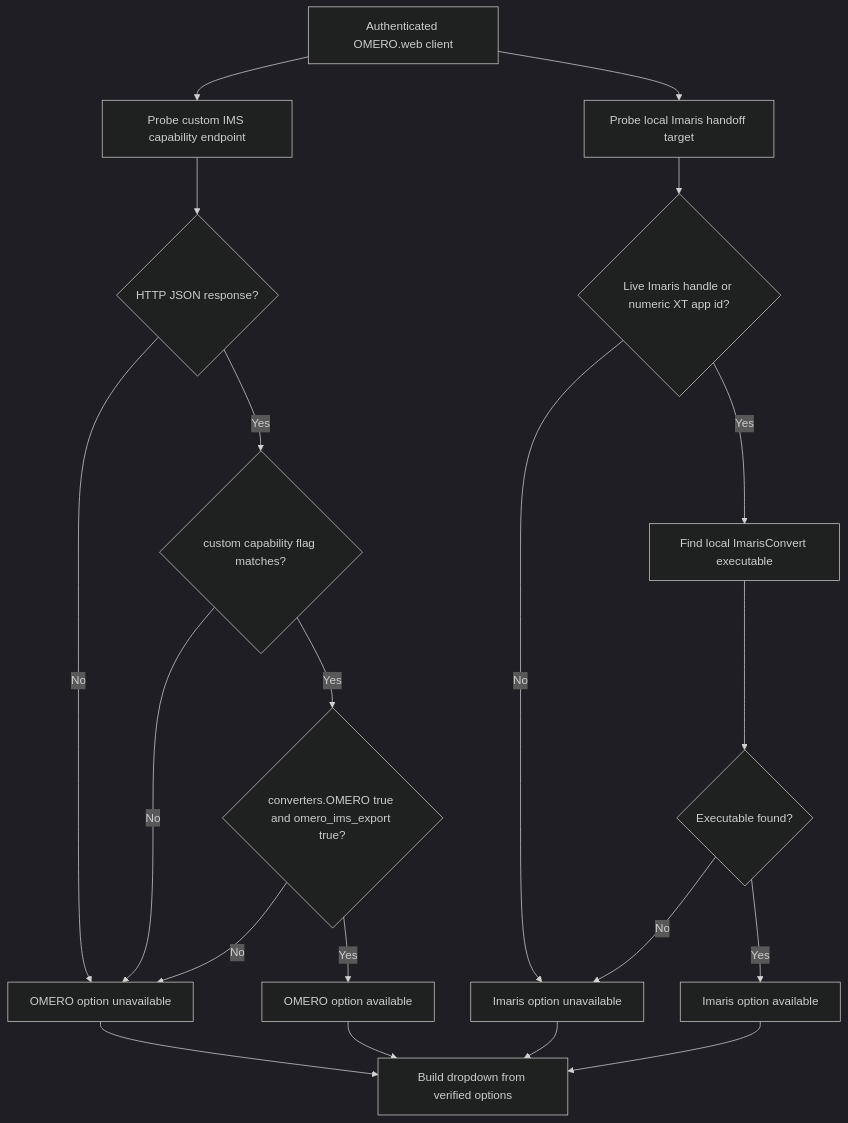
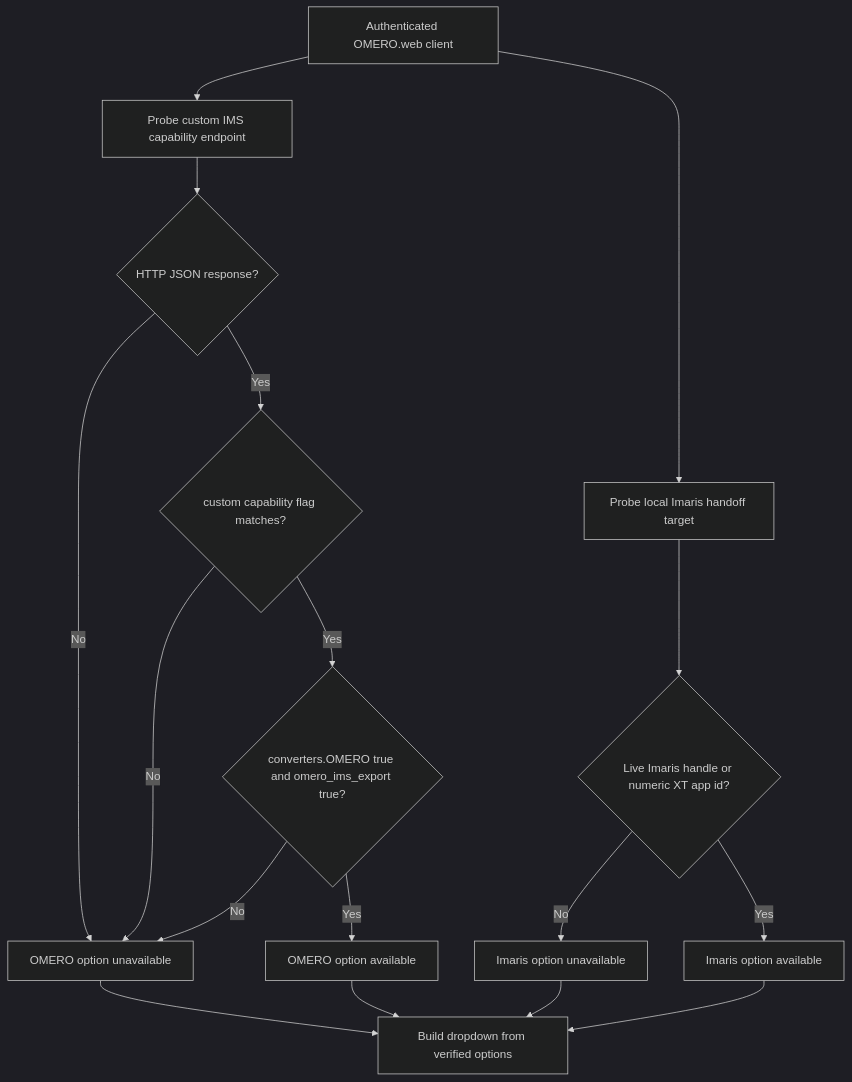
One commit to ZMB-UZH/omero-docker-extended changed the second of 7 diagrams in docs/plugins/imaris-connector-workflow.md. Above: the diagram before and after it, drawn with Mermaid (dark theme). The commit also changed other lines of this file and 8 other files, not shown here.

````diff
--- a/docs/plugins/imaris-connector-workflow.md
+++ b/docs/plugins/imaris-connector-workflow.md
@@ -55,24 +56,21 @@
 ```mermaid
 flowchart TD
     A[Authenticated OMERO.web client] --> B[Probe custom IMS capability endpoint]
     B --> C{HTTP JSON response?}
     C -->|No| D[OMERO option unavailable]
     C -->|Yes| E{custom capability flag matches?}
     E -->|No| D
     E -->|Yes| F{converters.OMERO true and omero_ims_export true?}
     F -->|No| D
     F -->|Yes| G[OMERO option available]
 
     A --> H[Probe local Imaris handoff target]
     H --> I{Live Imaris handle or numeric XT app id?}
     I -->|No| J[Imaris option unavailable]
-    I -->|Yes| K[Find local ImarisConvert executable]
-    K --> L{Executable found?}
-    L -->|No| J
-    L -->|Yes| M[Imaris option available]
+    I -->|Yes| K[Imaris option available]
 
-    G --> N[Build dropdown from verified options]
-    D --> N
-    M --> N
-    J --> N
+    G --> L[Build dropdown from verified options]
+    D --> L
+    K --> L
+    J --> L
 ```
````
